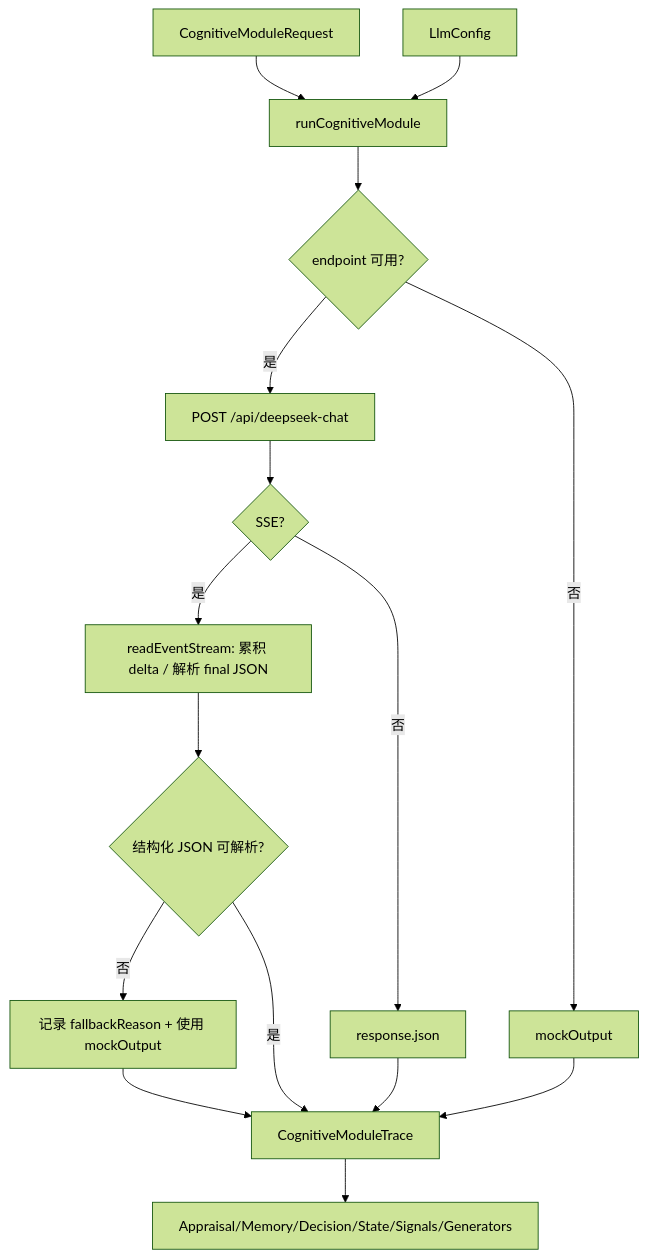
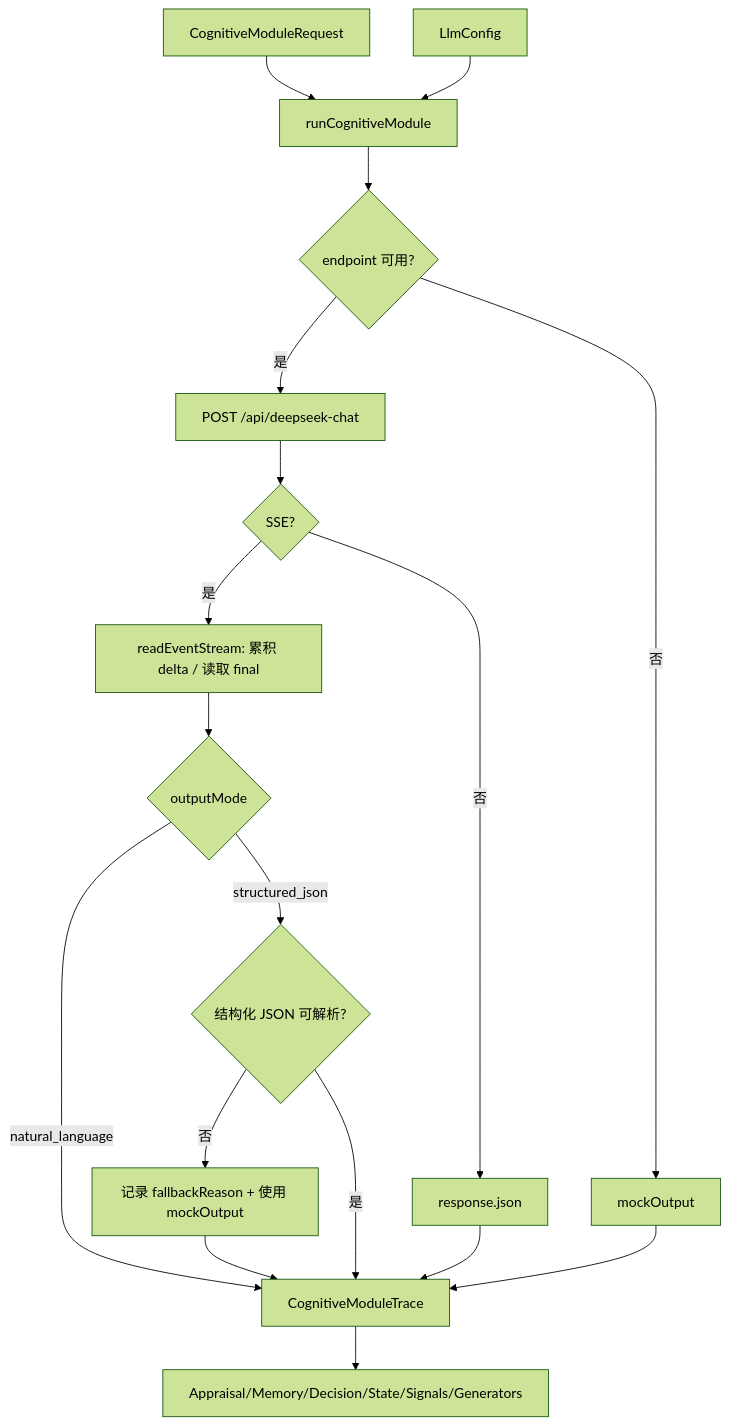
Before and after one commit to ttmanthatman/virtual-human-flow: diagram 15 of 31 in docs/SYSTEM_FLOW.md, drawn with Mermaid (forest theme). The commit also changed other lines of this file and 23 other files, not shown here.

Commit message:
Rewrite conversation pipeline around natural-language cognition

````diff
--- a/docs/SYSTEM_FLOW.md
+++ b/docs/SYSTEM_FLOW.md
@@ -414,18 +410,20 @@
 ```mermaid
 flowchart TD
     REQ["CognitiveModuleRequest"] --> CLIENT["runCognitiveModule"]
     CFG["LlmConfig"] --> CLIENT
     CLIENT --> CHECK{"endpoint 可用?"}
     CHECK -- "是" --> FETCH["POST /api/deepseek-chat"]
     FETCH --> STREAM{"SSE?"}
-    STREAM -- "是" --> READ["readEventStream: 累积 delta / 解析 final JSON"]
+    STREAM -- "是" --> READ["readEventStream: 累积 delta / 读取 final"]
     STREAM -- "否" --> JSON["response.json"]
-    READ --> PARSE{"结构化 JSON 可解析?"}
+    READ --> MODE{"outputMode"}
+    MODE -- "natural_language" --> TRACE
+    MODE -- "structured_json" --> PARSE{"结构化 JSON 可解析?"}
     PARSE -- "否" --> FALLBACK["记录 fallbackReason + 使用 mockOutput"]
     PARSE -- "是" --> TRACE
     CHECK -- "否" --> MOCK["mockOutput"]
     JSON --> TRACE
     FALLBACK --> TRACE["CognitiveModuleTrace"]
     MOCK --> TRACE
     TRACE --> CALLER["Appraisal/Memory/Decision/State/Signals/Generators"]
 ```
````
